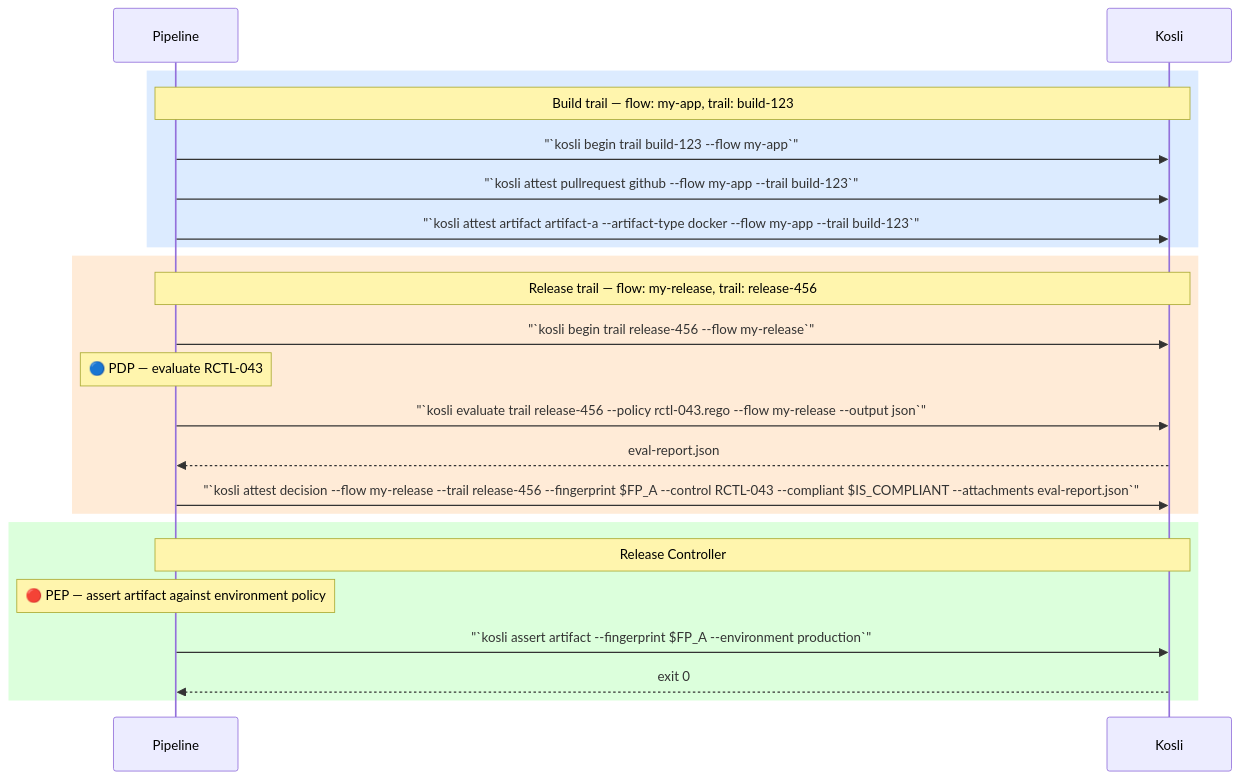
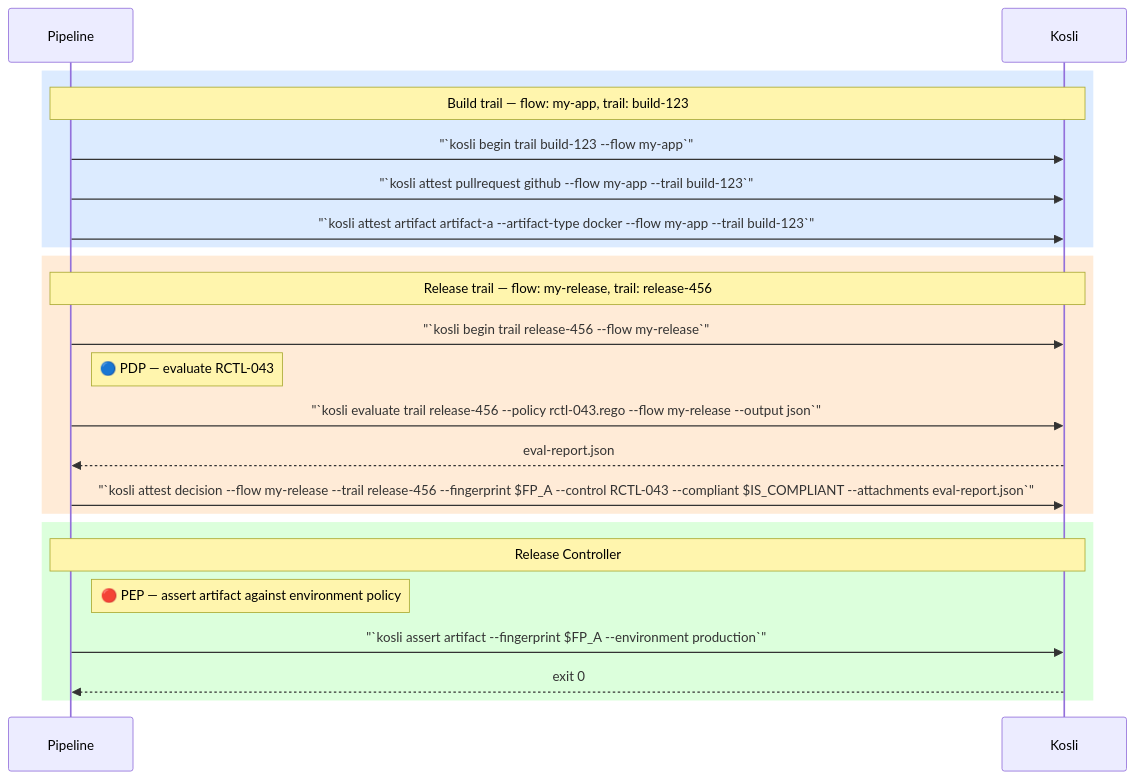
Before and after one commit to kosli-dev/docs: the diagram in tutorials/working_with_controls.mdx, drawn with Mermaid.

Commit message:
docs: change PDP/PEP diagram notes to Note right of P

````diff
--- a/tutorials/working_with_controls.mdx
+++ b/tutorials/working_with_controls.mdx
@@ -195,32 +195,32 @@
 ```mermaid
 sequenceDiagram
     participant P as Pipeline
     participant K as Kosli
 
     rect rgb(220,235,255)
         Note over P,K: Build trail — flow: my-app, trail: build-123
 
         P->>K: "`kosli begin trail build-123 --flow my-app`"
         P->>K: "`kosli attest pullrequest github --flow my-app --trail build-123`"
         P->>K: "`kosli attest artifact artifact-a --artifact-type docker --flow my-app --trail build-123`"
     end
 
     rect rgb(255,235,215)
         Note over P,K: Release trail — flow: my-release, trail: release-456
 
         P->>K: "`kosli begin trail release-456 --flow my-release`"
 
-        Note over P: 🔵 PDP — evaluate RCTL-043
+        Note right of P: 🔵 PDP — evaluate RCTL-043
         P->>K: "`kosli evaluate trail release-456 --policy rctl-043.rego --flow my-release --output json`"
         K-->>P: eval-report.json
         P->>K: "`kosli attest decision --flow my-release --trail release-456 --fingerprint $FP_A --control RCTL-043 --compliant $IS_COMPLIANT --attachments eval-report.json`"
     end
 
     rect rgb(220,255,220)
         Note over P,K: Release Controller
 
-        Note over P: 🔴 PEP — assert artifact against environment policy
+        Note right of P: 🔴 PEP — assert artifact against environment policy
         P->>K: "`kosli assert artifact --fingerprint $FP_A --environment production`"
         K-->>P: exit 0
     end
 ```
````
